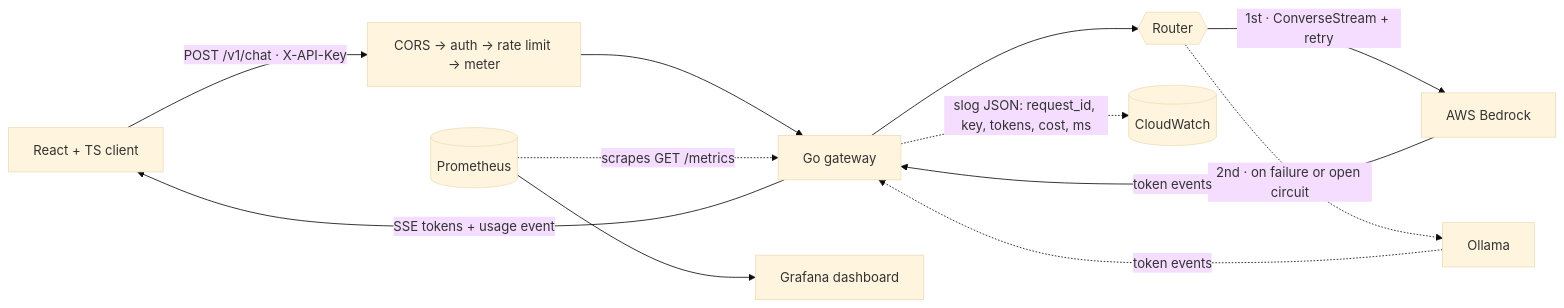
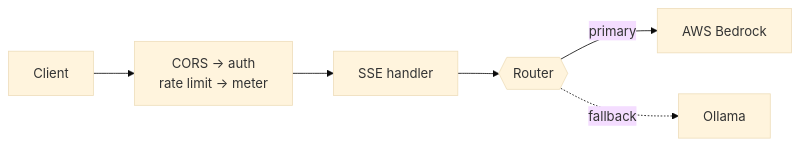
The diagram in README.md (Go-Santiago-Go/inference-gateway), drawn with Mermaid (base theme) before and after one commit. The commit also changed other lines of this file and 8 other files, not shown here.

````diff
--- a/README.md
+++ b/README.md
@@ -42,14 +81,6 @@
 ```mermaid
 flowchart LR
-    U["React + TS client"] -->|"POST /v1/chat · X-API-Key"| M["CORS → auth → rate limit → meter"]
-    M --> G["Go gateway"]
-    G --> R{{"Router"}}
-    R -->|"1st · ConverseStream + retry"| B["AWS Bedrock"]
-    R -.->|"2nd · on failure or open circuit"| O["Ollama"]
-    B -->|"token events"| G
-    O -.->|"token events"| G
-    G -->|"SSE tokens + usage event"| U
-    G -.->|"slog JSON: request_id, key, tokens, cost, ms"| L[("CloudWatch")]
-    P[("Prometheus")] -.->|"scrapes GET /metrics"| G
-    P --> D["Grafana dashboard"]
+    C["Client"] --> MW["CORS → auth<br/>rate limit → meter"] --> H["SSE handler"] --> R{{"Router"}}
+    R -->|"primary"| B["AWS Bedrock"]
+    R -.->|"fallback"| O["Ollama"]
 ```
````
